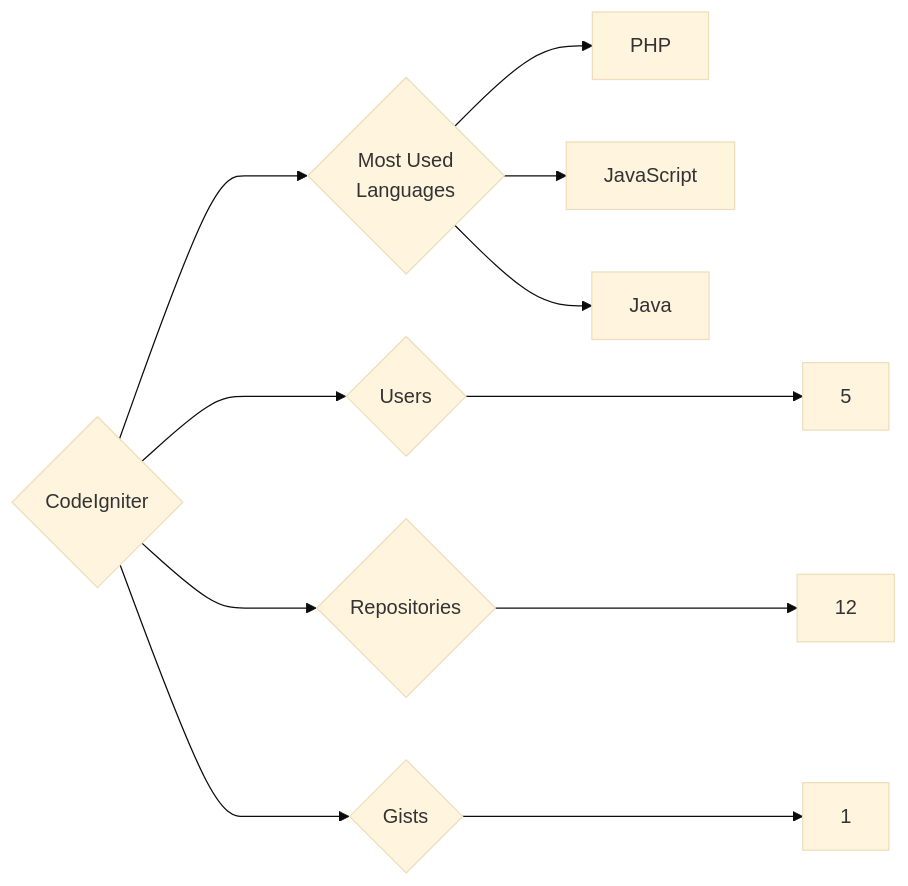
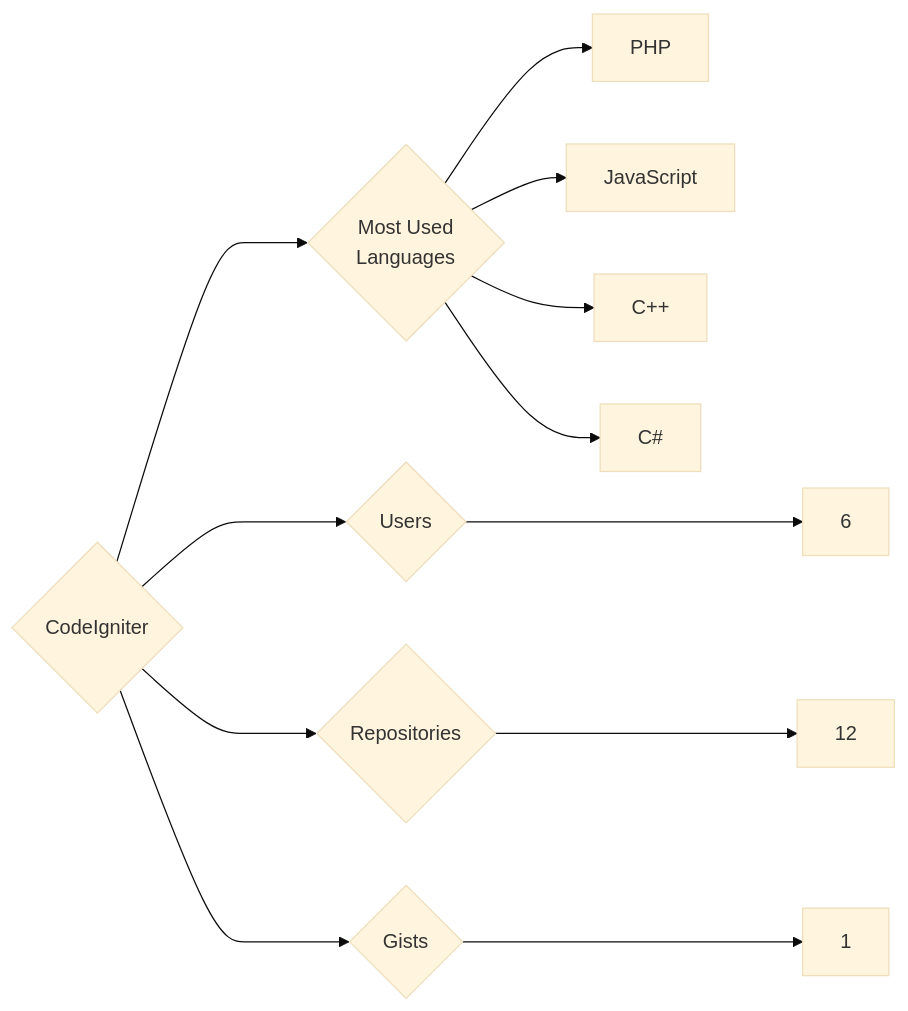
Before and after one commit to trickest/insiders: the diagram in targets/CodeIgniter/README.md, drawn with Mermaid (base theme). The commit also changed 1120 other files, not shown here.

````diff
--- a/targets/CodeIgniter/README.md
+++ b/targets/CodeIgniter/README.md
@@ -3,11 +3,12 @@
 ```mermaid
 graph LR
 COMPANY_NAME{CodeIgniter}
-COMPANY_NAME ---> U{Users} ---> UN[5]
+COMPANY_NAME ---> U{Users} ---> UN[6]
 COMPANY_NAME ---> R{Repositories} ---> RN[12]
 COMPANY_NAME ---> G{Gists} ---> GN[1]
 COMPANY_NAME ---> ML{Most Used<br>Languages}
 ML --> PHP[PHP]
 ML --> JavaScript[JavaScript]
-ML --> Java[Java]
+ML --> C++[C++]
+ML --> C#[C#]
 ```
````
